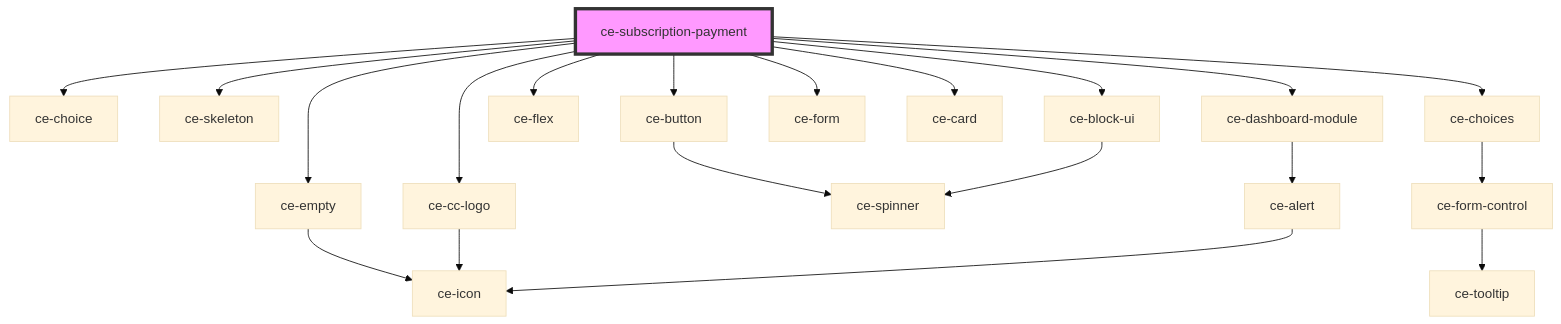
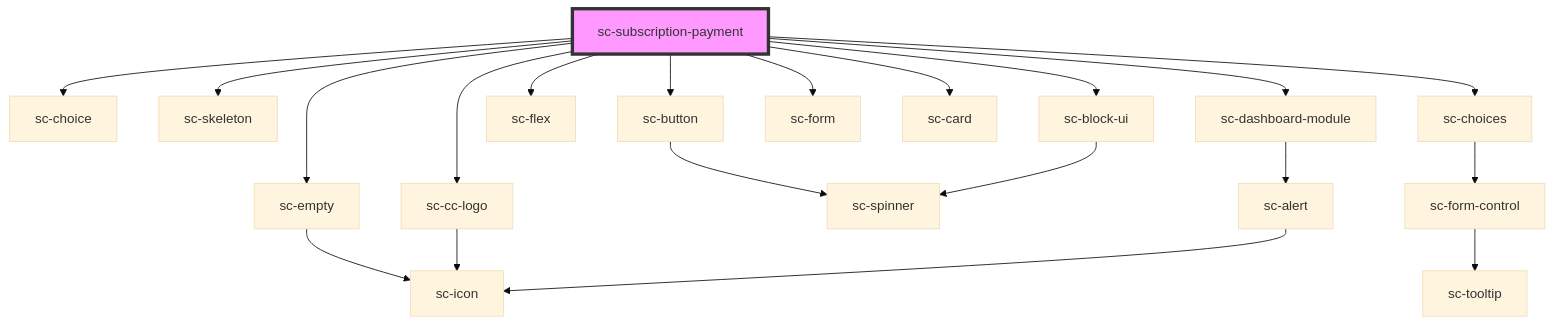
Before and after one commit to surecart/surecart-wp-plugin: the diagram in packages/components/src/components/controllers/dashboard/subscription-payment/readme.md, drawn with Mermaid (base theme). The commit also changed other lines of this file and 1281 other files, not shown here.

````diff
--- a/packages/components/src/components/controllers/dashboard/subscription-payment/readme.md
+++ b/packages/components/src/components/controllers/dashboard/subscription-payment/readme.md
@@ -37,23 +37,23 @@
 ```mermaid
 graph TD;
-  ce-subscription-payment --> ce-choice
-  ce-subscription-payment --> ce-skeleton
-  ce-subscription-payment --> ce-button
-  ce-subscription-payment --> ce-empty
-  ce-subscription-payment --> ce-choices
-  ce-subscription-payment --> ce-flex
-  ce-subscription-payment --> ce-cc-logo
-  ce-subscription-payment --> ce-dashboard-module
-  ce-subscription-payment --> ce-form
-  ce-subscription-payment --> ce-card
-  ce-subscription-payment --> ce-block-ui
-  ce-button --> ce-spinner
-  ce-empty --> ce-icon
-  ce-choices --> ce-form-control
-  ce-form-control --> ce-tooltip
-  ce-cc-logo --> ce-icon
-  ce-dashboard-module --> ce-alert
-  ce-alert --> ce-icon
-  ce-block-ui --> ce-spinner
-  style ce-subscription-payment fill:#f9f,stroke:#333,stroke-width:4px
+  sc-subscription-payment --> sc-choice
+  sc-subscription-payment --> sc-skeleton
+  sc-subscription-payment --> sc-button
+  sc-subscription-payment --> sc-empty
+  sc-subscription-payment --> sc-choices
+  sc-subscription-payment --> sc-flex
+  sc-subscription-payment --> sc-cc-logo
+  sc-subscription-payment --> sc-dashboard-module
+  sc-subscription-payment --> sc-form
+  sc-subscription-payment --> sc-card
+  sc-subscription-payment --> sc-block-ui
+  sc-button --> sc-spinner
+  sc-empty --> sc-icon
+  sc-choices --> sc-form-control
+  sc-form-control --> sc-tooltip
+  sc-cc-logo --> sc-icon
+  sc-dashboard-module --> sc-alert
+  sc-alert --> sc-icon
+  sc-block-ui --> sc-spinner
+  style sc-subscription-payment fill:#f9f,stroke:#333,stroke-width:4px
 ```
````
